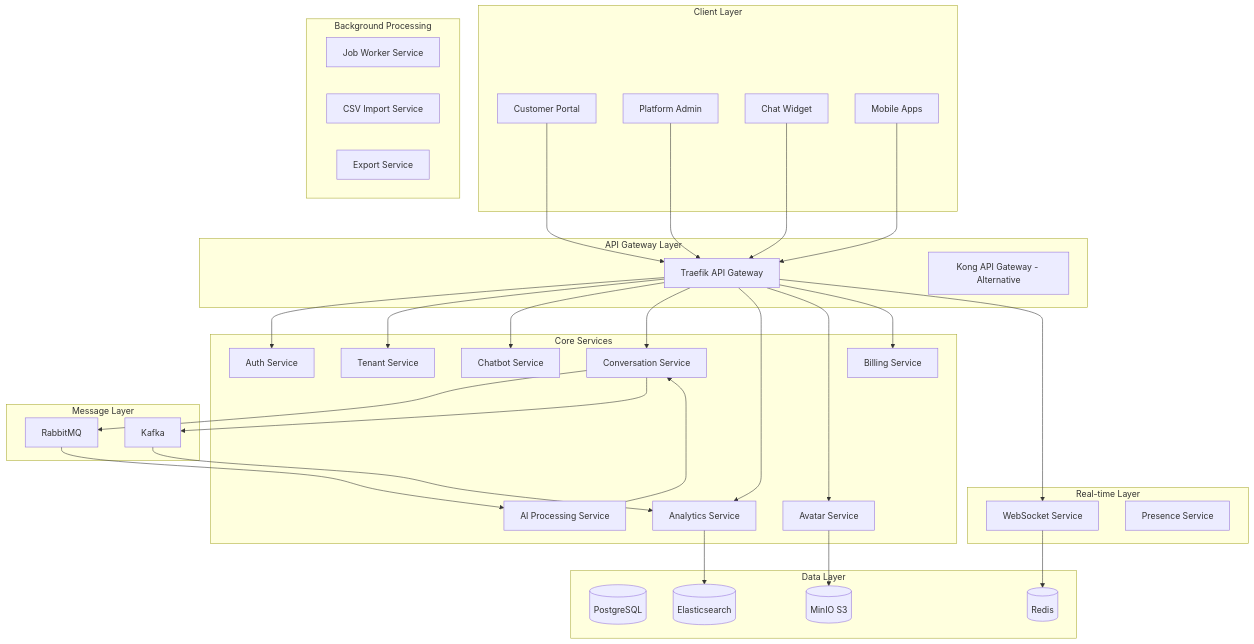
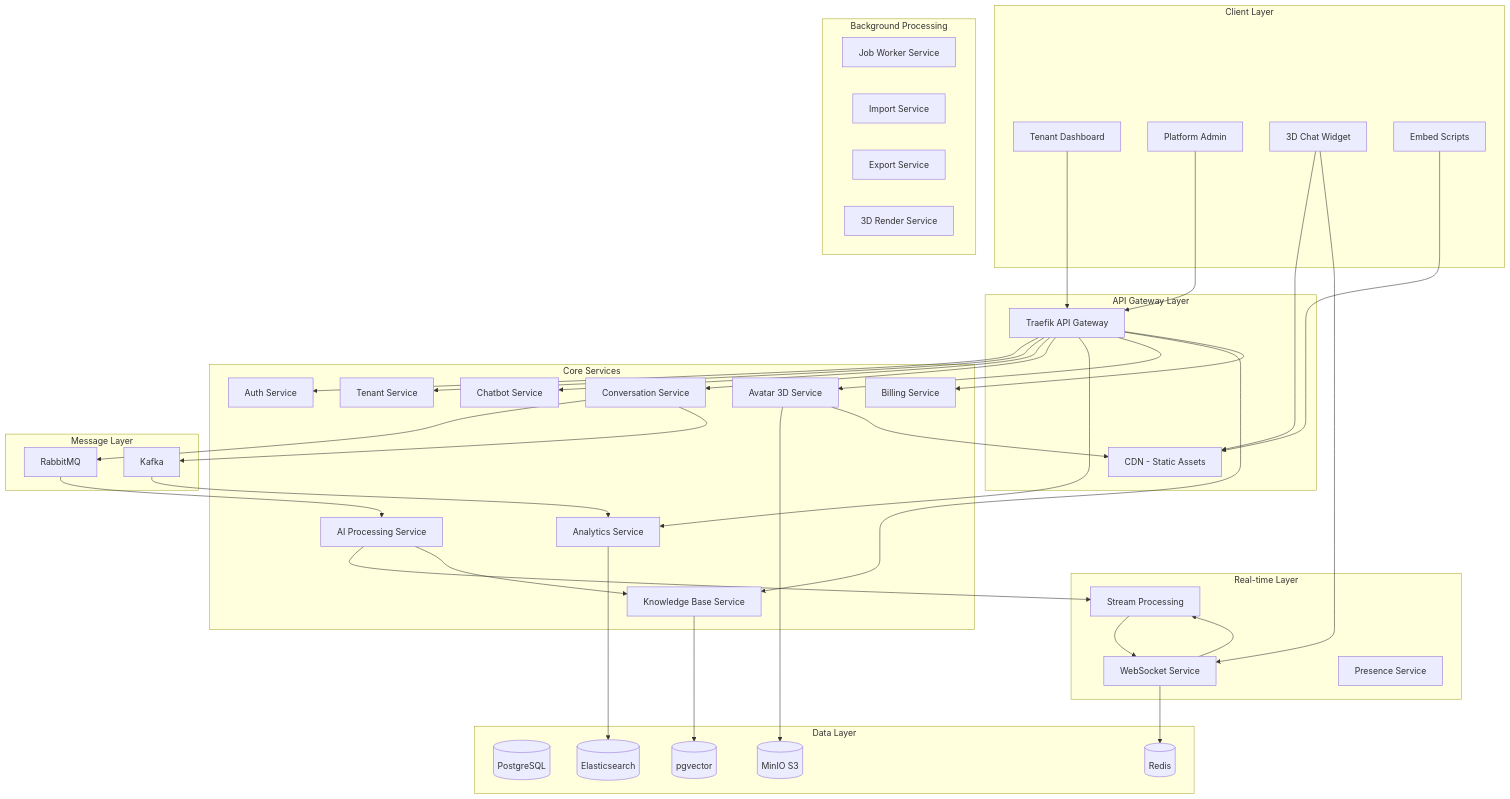
One commit to kjanat/notso-saas changed the diagram in architecture/MICROSERVICES.md. Above: the diagram before and after it, drawn with Mermaid. The commit also changed other lines of this file and 13 other files, not shown here.

````diff
--- a/architecture/MICROSERVICES.md
+++ b/architecture/MICROSERVICES.md
@@ -5,71 +5,81 @@
 ```mermaid
 graph TB
     subgraph "Client Layer"
-        WEB[Customer Portal]
+        WEB[Tenant Dashboard]
         ADMIN[Platform Admin]
-        WIDGET[Chat Widget]
-        MOBILE[Mobile Apps]
+        WIDGET[3D Chat Widget]
+        EMBED[Embed Scripts]
     end
 
     subgraph "API Gateway Layer"
         TRAEFIK[Traefik API Gateway]
-        KONG[Kong API Gateway - Alternative]
+        CDN[CDN - Static Assets]
     end
 
     subgraph "Core Services"
         AUTH[Auth Service]
         TENANT[Tenant Service]
         CHATBOT[Chatbot Service]
         CONV[Conversation Service]
         AI[AI Processing Service]
         ANALYTICS[Analytics Service]
-        AVATAR[Avatar Service]
+        AVATAR[Avatar 3D Service]
+        KNOWLEDGE[Knowledge Base Service]
         BILLING[Billing Service]
     end
 
     subgraph "Real-time Layer"
         WEBSOCKET[WebSocket Service]
+        STREAM[Stream Processing]
         PRESENCE[Presence Service]
     end
 
     subgraph "Background Processing"
         WORKER[Job Worker Service]
-        IMPORT[CSV Import Service]
+        IMPORT[Import Service]
         EXPORT[Export Service]
+        RENDER[3D Render Service]
     end
 
     subgraph "Data Layer"
         POSTGRES[(PostgreSQL)]
         REDIS[(Redis)]
+        VECTOR[(pgvector)]
         ELASTIC[(Elasticsearch)]
         MINIO[(MinIO S3)]
     end
 
     subgraph "Message Layer"
         RABBITMQ[RabbitMQ]
         KAFKA[Kafka]
     end
 
     WEB --> TRAEFIK
     ADMIN --> TRAEFIK
-    WIDGET --> TRAEFIK
-    MOBILE --> TRAEFIK
+    WIDGET --> CDN
+    WIDGET --> WEBSOCKET
+    EMBED --> CDN
 
     TRAEFIK --> AUTH
     TRAEFIK --> TENANT
     TRAEFIK --> CHATBOT
     TRAEFIK --> CONV
     TRAEFIK --> ANALYTICS
     TRAEFIK --> AVATAR
+    TRAEFIK --> KNOWLEDGE
     TRAEFIK --> BILLING
-    TRAEFIK --> WEBSOCKET
 
     WEBSOCKET --> REDIS
+    WEBSOCKET --> STREAM
     CONV --> RABBITMQ
     RABBITMQ --> AI
-    AI --> CONV
+    AI --> STREAM
+    STREAM --> WEBSOCKET
     CONV --> KAFKA
     KAFKA --> ANALYTICS
     ANALYTICS --> ELASTIC
     AVATAR --> MINIO
+    AVATAR --> CDN
+    KNOWLEDGE --> VECTOR
+    AI --> KNOWLEDGE
 ```
````
